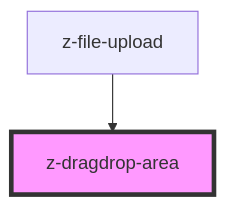
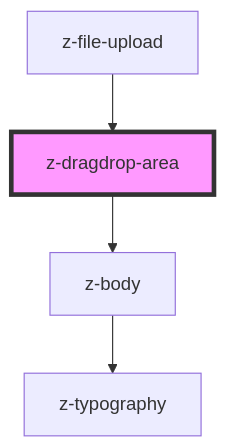
One commit to ZanichelliEditore/design-system changed the diagram in src/components/z-dragdrop-area/readme.md. Above: the diagram before and after it, drawn with Mermaid. The commit also changed other lines of this file and 8 other files, not shown here.

````diff
--- a/src/components/z-dragdrop-area/readme.md
+++ b/src/components/z-dragdrop-area/readme.md
@@ -22,5 +26,7 @@
 ```mermaid
 graph TD;
+  z-dragdrop-area --> z-body
+  z-body --> z-typography
   z-file-upload --> z-dragdrop-area
   style z-dragdrop-area fill:#f9f,stroke:#333,stroke-width:4px
 ```
````
